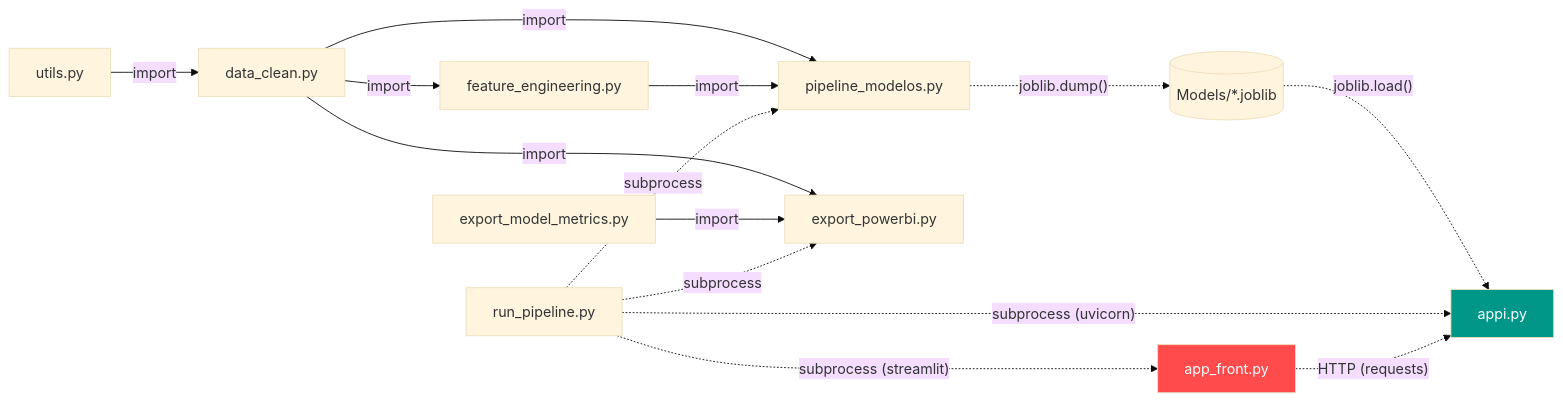
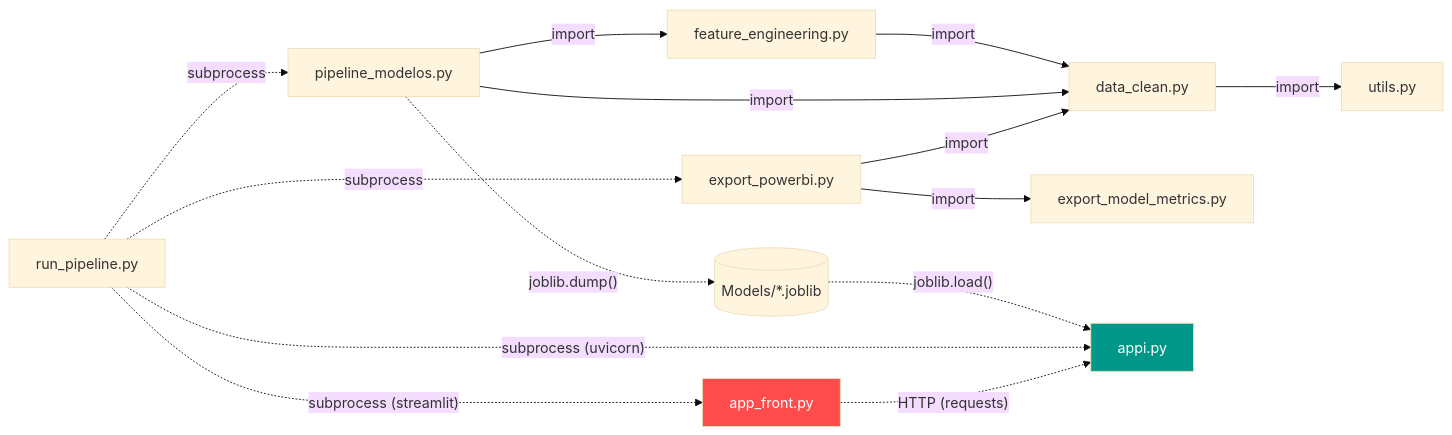
The fourth of 16 diagrams in README.md (roomunoz/ml-recommendation-ecommerce), drawn with Mermaid (base theme) before and after one commit. The commit also changed other lines of this file and 1 other file, not shown here.

````diff
--- a/README.md
+++ b/README.md
@@ -248,22 +262,22 @@
 ```mermaid
 flowchart LR
-    utils["utils.py"] -->|import| data_clean["data_clean.py"]
-    data_clean -->|import| feature_engineering["feature_engineering.py"]
-    data_clean -->|import| pipeline_modelos["pipeline_modelos.py"]
-    data_clean -->|import| export_powerbi["export_powerbi.py"]
-    feature_engineering -->|import| pipeline_modelos
-    export_model_metrics["export_model_metrics.py"] -->|import| export_powerbi
+    data_clean["data_clean.py"] -->|import| utils["utils.py"]
+    feature_engineering["feature_engineering.py"] -->|import| data_clean
+    pipeline_modelos["pipeline_modelos.py"] -->|import| data_clean
+    pipeline_modelos -->|import| feature_engineering
+    export_powerbi["export_powerbi.py"] -->|import| data_clean
+    export_powerbi -->|import| export_model_metrics["export_model_metrics.py"]
 
     pipeline_modelos -.->|"joblib.dump()"| joblib_files[("Models/*.joblib")]
     joblib_files -.->|"joblib.load()"| appi["appi.py"]
 
     run_pipeline["run_pipeline.py"] -.->|subprocess| pipeline_modelos
     run_pipeline -.->|subprocess| export_powerbi
     run_pipeline -.->|"subprocess (uvicorn)"| appi
     run_pipeline -.->|"subprocess (streamlit)"| app_front["app_front.py"]
 
     app_front -.->|"HTTP (requests)"| appi
 
     style appi fill:#009688,color:#fff
     style app_front fill:#FF4B4B,color:#fff
 ```
````
